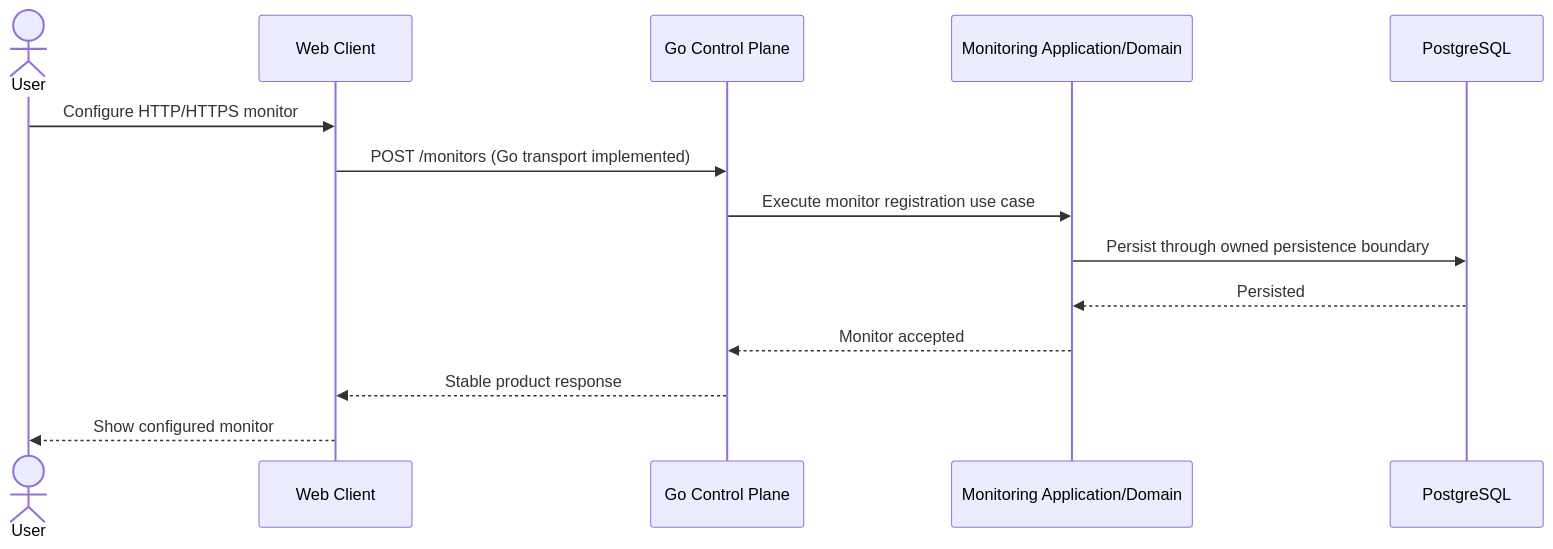
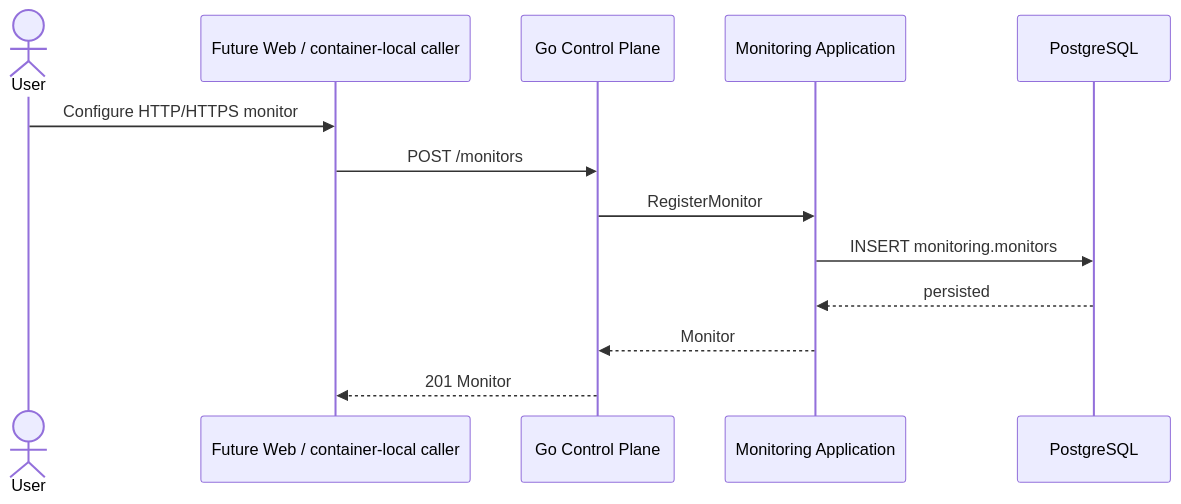
Before and after one commit to kefyusuf/uptime-lab: the first of 4 diagrams in docs/architecture/runtime-flows.md, drawn with Mermaid. The commit also changed other lines of this file and 94 other files, not shown here.

````diff
--- a/docs/architecture/runtime-flows.md
+++ b/docs/architecture/runtime-flows.md
@@ -13,17 +13,16 @@
 ```mermaid
 sequenceDiagram
     actor User
-    participant Web as Web Client
+    participant Web as Future Web / container-local caller
     participant Go as Go Control Plane
-    participant Monitoring as Monitoring Application/Domain
+    participant Monitoring as Monitoring Application
     participant DB as PostgreSQL
 
     User->>Web: Configure HTTP/HTTPS monitor
-    Web->>Go: POST /monitors (Go transport implemented)
-    Go->>Monitoring: Execute monitor registration use case
-    Monitoring->>DB: Persist through owned persistence boundary
-    DB-->>Monitoring: Persisted
-    Monitoring-->>Go: Monitor accepted
-    Go-->>Web: Stable product response
-    Web-->>User: Show configured monitor
+    Web->>Go: POST /monitors
+    Go->>Monitoring: RegisterMonitor
+    Monitoring->>DB: INSERT monitoring.monitors
+    DB-->>Monitoring: persisted
+    Monitoring-->>Go: Monitor
+    Go-->>Web: 201 Monitor
 ```
````
